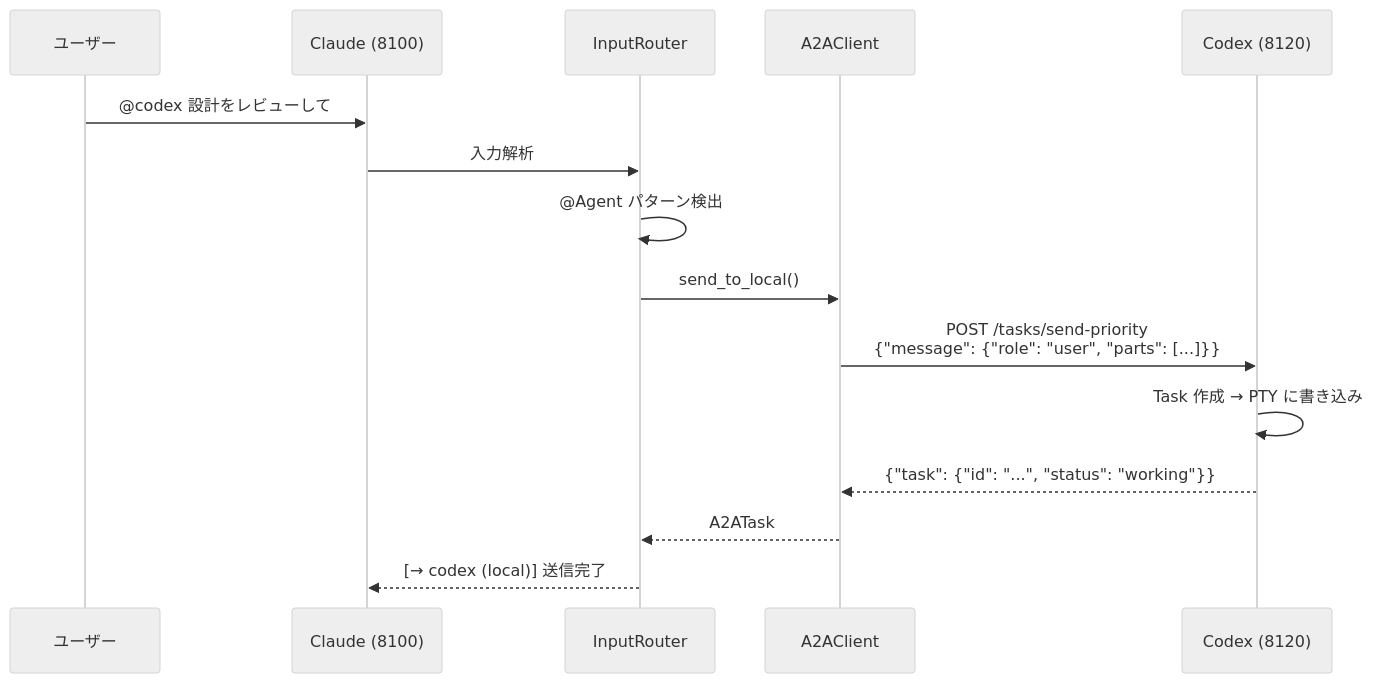
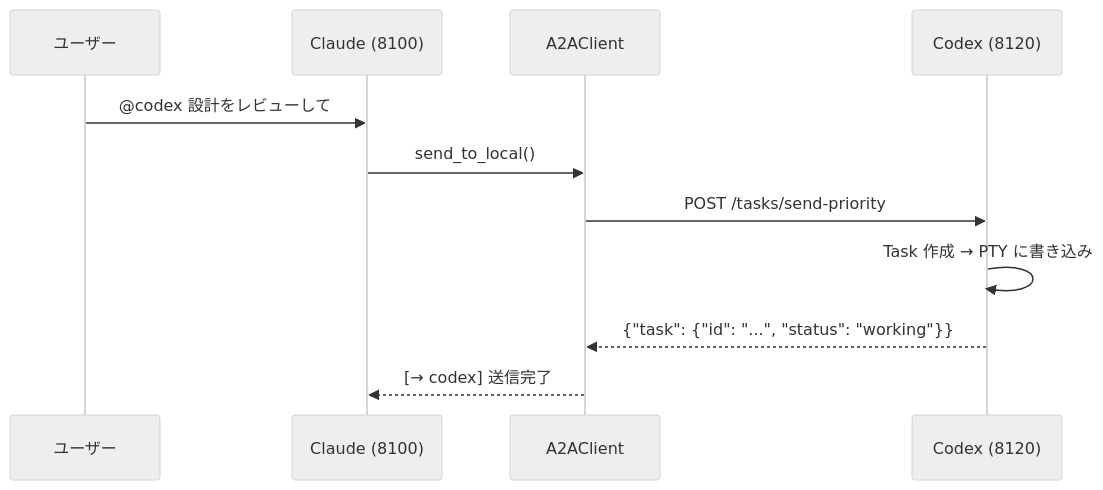
One commit to s-hiraoku/synapse-a2a changed the third of 4 diagrams in README.md. Above: the diagram before and after it, drawn with Mermaid (neutral theme). The commit also changed other lines of this file and 13 other files, not shown here.

````diff
--- a/README.md
+++ b/README.md
@@ -435,18 +185,14 @@
 ```mermaid
 sequenceDiagram
     participant User as ユーザー
     participant Claude as Claude (8100)
-    participant Router as InputRouter
     participant Client as A2AClient
     participant Codex as Codex (8120)
 
     User->>Claude: @codex 設計をレビューして
-    Claude->>Router: 入力解析
-    Router->>Router: @Agent パターン検出
-    Router->>Client: send_to_local()
-    Client->>Codex: POST /tasks/send-priority<br/>{"message": {"role": "user", "parts": [...]}}
+    Claude->>Client: send_to_local()
+    Client->>Codex: POST /tasks/send-priority
     Codex->>Codex: Task 作成 → PTY に書き込み
     Codex-->>Client: {"task": {"id": "...", "status": "working"}}
-    Client-->>Router: A2ATask
-    Router-->>Claude: [→ codex (local)] 送信完了
+    Client-->>Claude: [→ codex] 送信完了
 ```
````
